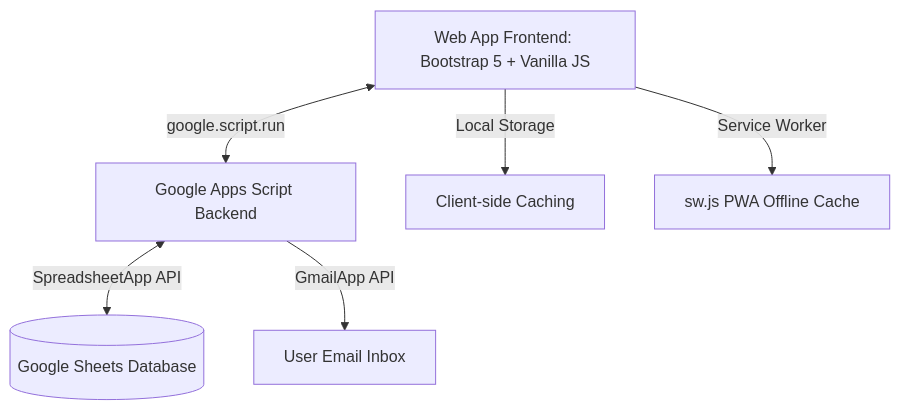
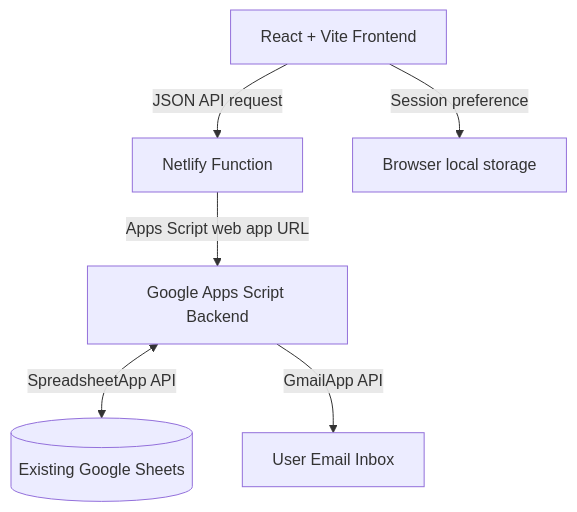
One commit to Anil1310/Expense-Pro changed the diagram in README.md. Above: the diagram before and after it, drawn with Mermaid. The commit also changed other lines of this file and 19 other files, not shown here.

````diff
--- a/README.md
+++ b/README.md
@@ -46,8 +42,8 @@
 ```mermaid
 graph TD
-    Client[Web App Frontend: Bootstrap 5 + Vanilla JS] <-->|google.script.run| GAS[Google Apps Script Backend]
-    GAS <-->|SpreadsheetApp API| DB[(Google Sheets Database)]
+    Client[React + Vite Frontend] -->|JSON API request| Proxy[Netlify Function]
+    Proxy -->|Apps Script web app URL| GAS[Google Apps Script Backend]
+    GAS <-->|SpreadsheetApp API| DB[(Existing Google Sheets)]
     GAS -->|GmailApp API| Mail[User Email Inbox]
-    Client -->|Local Storage| Cache[Client-side Caching]
-    Client -->|Service Worker| sw[sw.js PWA Offline Cache]
+    Client -->|Session preference| LocalStorage[Browser local storage]
 ```
````
